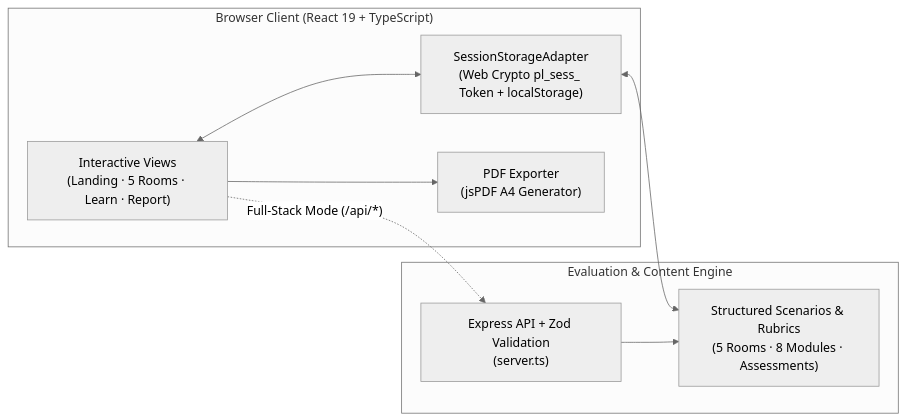
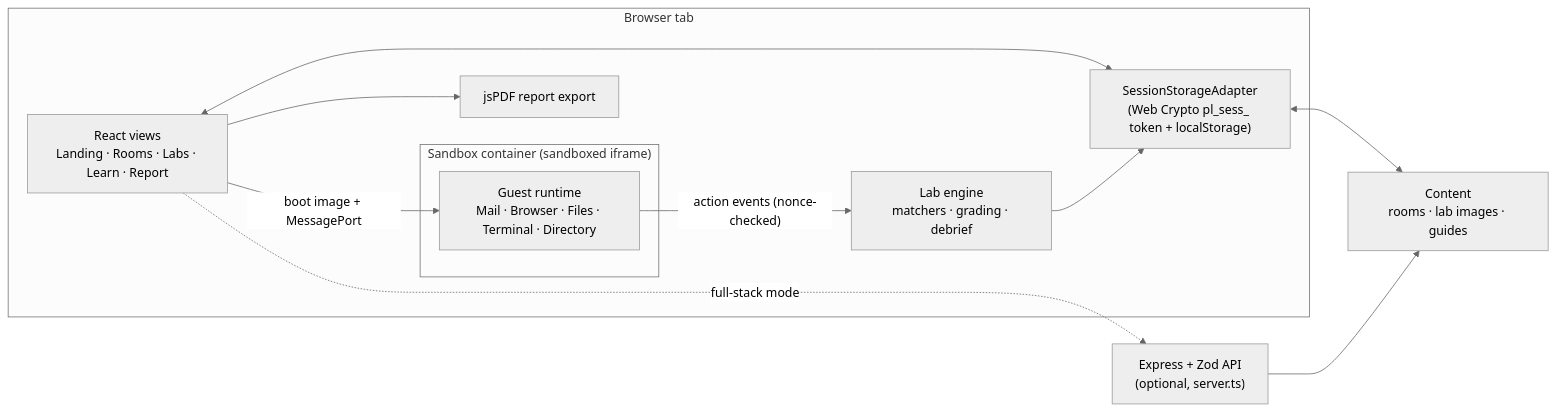
Before and after one commit to himohitj/PhishLens: the second of 2 diagrams in README.md, drawn with Mermaid (neutral theme). The commit also changed other lines of this file and 18 other files, not shown here.

First line of the commit message:
docs: rewrite README for the new design and Sandbox Labs

````diff
--- a/README.md
+++ b/README.md
@@ -177,19 +239,23 @@
 ```mermaid
 flowchart LR
-    subgraph Client["Browser Client (React 19 + TypeScript)"]
-        UI["Interactive Views\n(Landing · 5 Rooms · Learn · Report)"]
-        Store["SessionStorageAdapter\n(Web Crypto pl_sess_ Token + localStorage)"]
-        PDF["PDF Exporter\n(jsPDF A4 Generator)"]
+    subgraph Browser["Browser tab"]
+        UI["React views\nLanding · Rooms · Labs · Learn · Report"]
+        Store["SessionStorageAdapter\n(Web Crypto pl_sess_ token + localStorage)"]
+        PDF["jsPDF report export"]
+        subgraph Sandbox["Sandbox container (sandboxed iframe)"]
+            Guest["Guest runtime\nMail · Browser · Files · Terminal · Directory"]
+        end
+        Engine["Lab engine\nmatchers · grading · debrief"]
     end
-
-    subgraph Engine["Evaluation & Content Engine"]
-        Data["Structured Scenarios & Rubrics\n(5 Rooms · 8 Modules · Assessments)"]
-        API["Express API + Zod Validation\n(server.ts)"]
-    end
+    Data["Content\nrooms · lab images · guides"]
+    API["Express + Zod API\n(optional, server.ts)"]
 
     UI <--> Store
     UI --> PDF
+    UI -- "boot image + MessagePort" --> Guest
+    Guest -- "action events (nonce-checked)" --> Engine
+    Engine --> Store
     Store <--> Data
-    UI -. "Full-Stack Mode (/api/*)" .-> API
+    UI -. "full-stack mode" .-> API
     API --> Data
 ```
````
